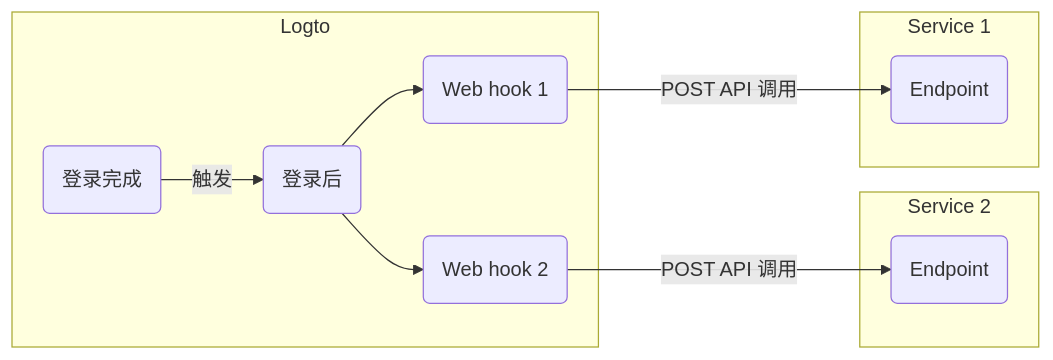
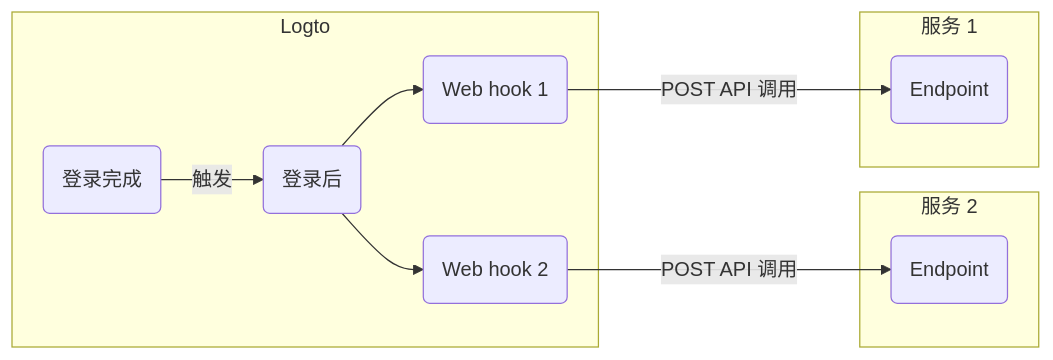
The diagram in i18n/zh-CN/docusaurus-plugin-content-docs/current/developers/webhooks/README.mdx (logto-io/docs), drawn with Mermaid before and after one commit. The commit also changed other lines of this file and 4 other files, not shown here.

````diff
--- a/i18n/zh-CN/docusaurus-plugin-content-docs/current/developers/webhooks/README.mdx
+++ b/i18n/zh-CN/docusaurus-plugin-content-docs/current/developers/webhooks/README.mdx
@@ -36,24 +36,24 @@
 ```mermaid
 graph LR
   subgraph Logto
     SF(登录完成)
     PS(登录后)
     WH2(Web hook 2)
     WH1(Web hook 1)
   end
 
-  subgraph Service 2
+  subgraph 服务 2
     E2(Endpoint)
   end
 
-  subgraph Service 1
+  subgraph 服务 1
     E1(Endpoint)
   end
 
   SF -->|触发| PS
   PS --> WH1
   PS --> WH2
   WH1 --->|POST API 调用| E1
   WH2 --->|POST API 调用| E2
 
 ```
````
